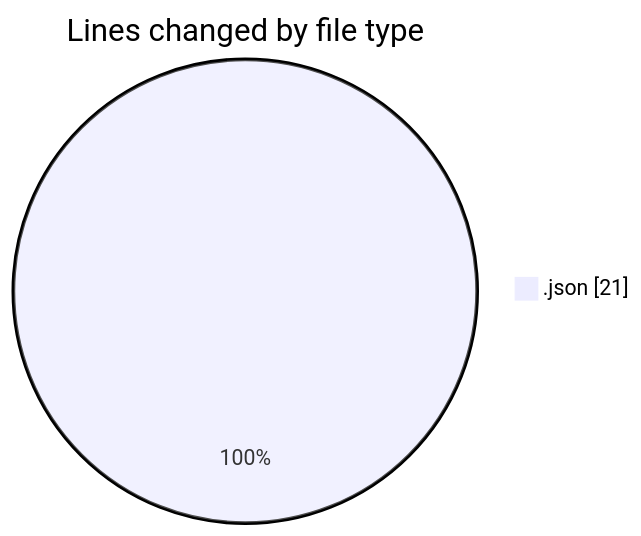
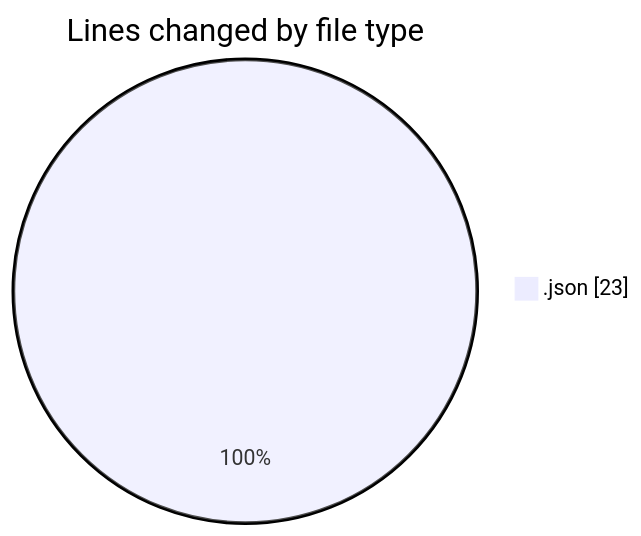
One commit to nxtqubesakshisongat/code-tracking changed the first of 2 diagrams in 2025-09-06/cashcalculator/README.md. Above: the diagram before and after it, drawn with Mermaid. The commit also changed other lines of this file and 1 other file, not shown here.

````diff
--- a/2025-09-06/cashcalculator/README.md
+++ b/2025-09-06/cashcalculator/README.md
@@ -20,5 +20,5 @@
 ```mermaid
 pie showData
 title Lines changed by file type
-".json" : 21
+".json" : 23
 ```
````
